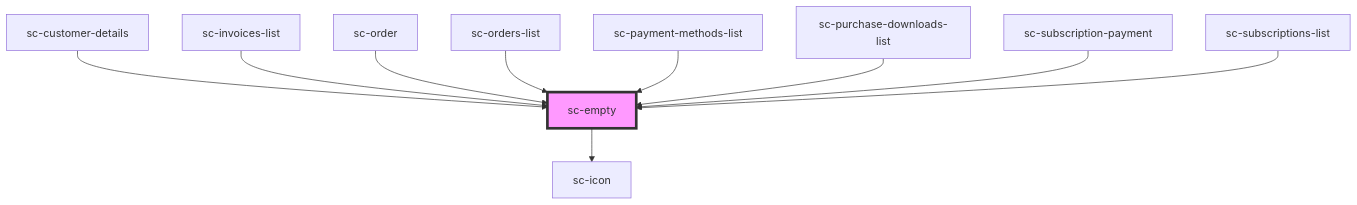
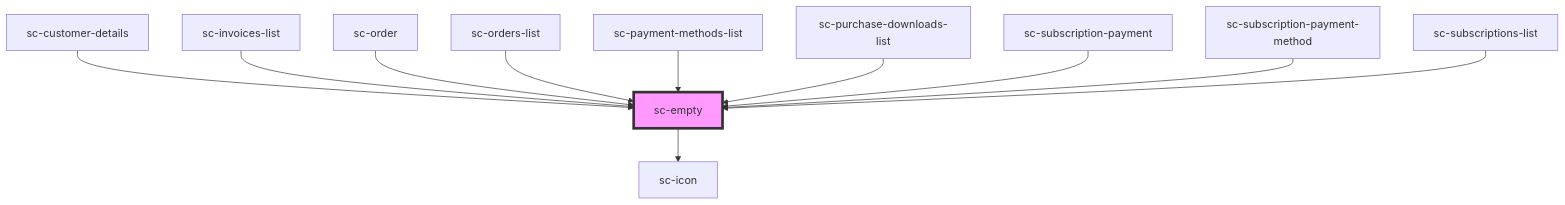
One commit to surecart/surecart-wp-plugin changed the diagram in packages/components/src/components/ui/empty/readme.md. Above: the diagram before and after it, drawn with Mermaid. The commit also changed other lines of this file and 23 other files, not shown here.

````diff
--- a/packages/components/src/components/ui/empty/readme.md
+++ b/packages/components/src/components/ui/empty/readme.md
@@ -33,13 +34,14 @@
 ```mermaid
 graph TD;
   sc-empty --> sc-icon
   sc-customer-details --> sc-empty
   sc-invoices-list --> sc-empty
   sc-order --> sc-empty
   sc-orders-list --> sc-empty
   sc-payment-methods-list --> sc-empty
   sc-purchase-downloads-list --> sc-empty
   sc-subscription-payment --> sc-empty
+  sc-subscription-payment-method --> sc-empty
   sc-subscriptions-list --> sc-empty
   style sc-empty fill:#f9f,stroke:#333,stroke-width:4px
 ```
````
